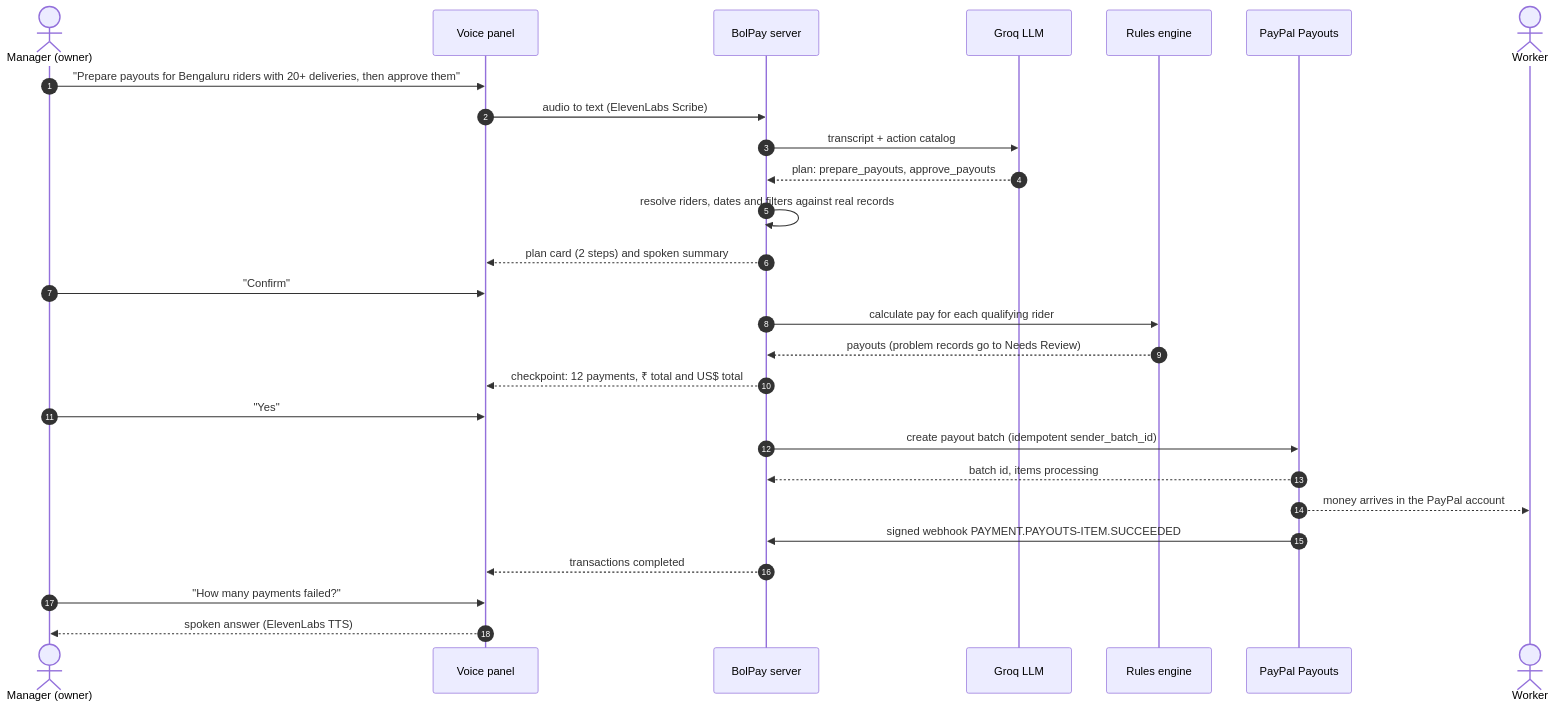
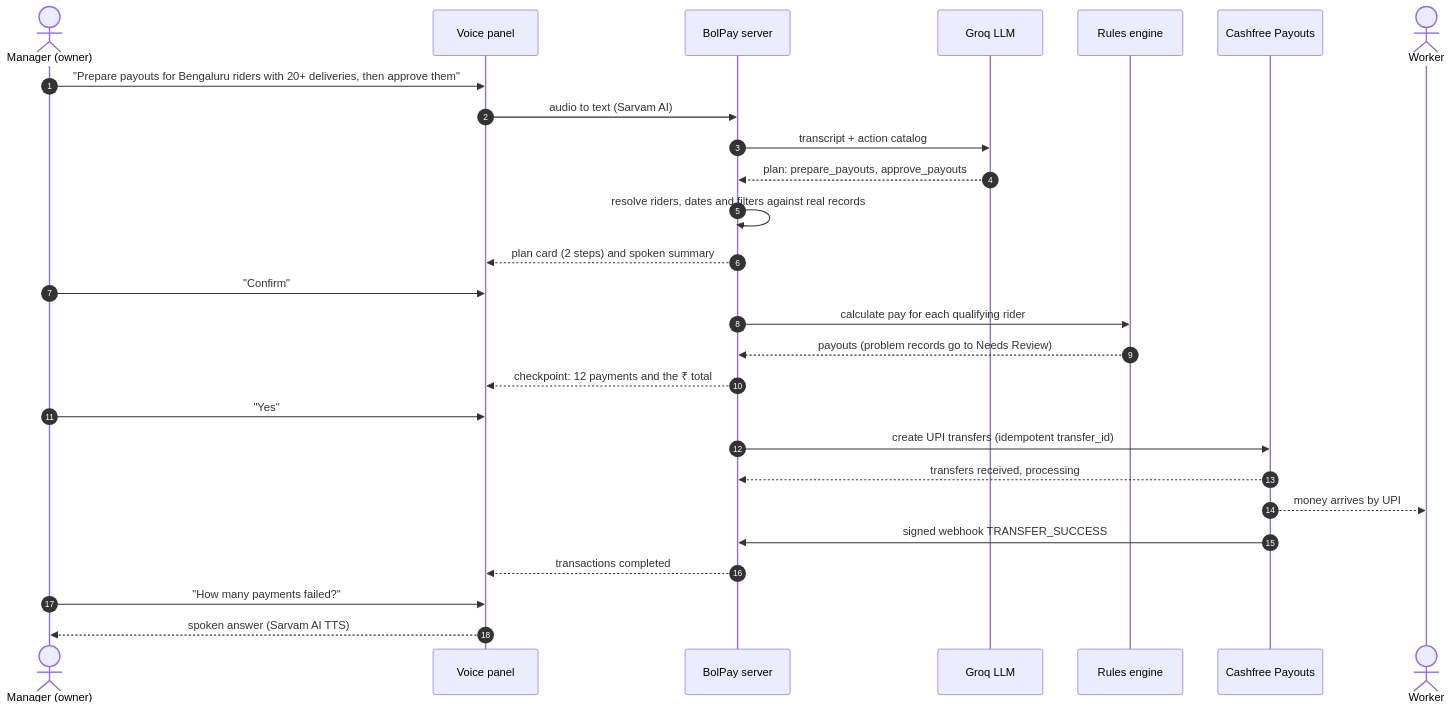
The fifth of 8 diagrams in README.md (Agnik47/BolPay), drawn with Mermaid before and after one commit. The commit also changed other lines of this file and 63 other files, not shown here.

````diff
--- a/README.md
+++ b/README.md
@@ -193,30 +193,30 @@
 ```mermaid
 sequenceDiagram
     autonumber
     actor M as Manager (owner)
     participant V as Voice panel
     participant S as BolPay server
     participant G as Groq LLM
     participant R as Rules engine
-    participant P as PayPal Payouts
+    participant P as Cashfree Payouts
     actor W as Worker
 
     M->>V: "Prepare payouts for Bengaluru riders with 20+ deliveries, then approve them"
-    V->>S: audio to text (ElevenLabs Scribe)
+    V->>S: audio to text (Sarvam AI)
     S->>G: transcript + action catalog
     G-->>S: plan: prepare_payouts, approve_payouts
     S->>S: resolve riders, dates and filters against real records
     S-->>V: plan card (2 steps) and spoken summary
     M->>V: "Confirm"
     S->>R: calculate pay for each qualifying rider
     R-->>S: payouts (problem records go to Needs Review)
-    S-->>V: checkpoint: 12 payments, ₹ total and US$ total
+    S-->>V: checkpoint: 12 payments and the ₹ total
     M->>V: "Yes"
-    S->>P: create payout batch (idempotent sender_batch_id)
-    P-->>S: batch id, items processing
-    P-->>W: money arrives in the PayPal account
-    P->>S: signed webhook PAYMENT.PAYOUTS-ITEM.SUCCEEDED
+    S->>P: create UPI transfers (idempotent transfer_id)
+    P-->>S: transfers received, processing
+    P-->>W: money arrives by UPI
+    P->>S: signed webhook TRANSFER_SUCCESS
     S-->>V: transactions completed
     M->>V: "How many payments failed?"
-    V-->>M: spoken answer (ElevenLabs TTS)
+    V-->>M: spoken answer (Sarvam AI TTS)
 ```
````
